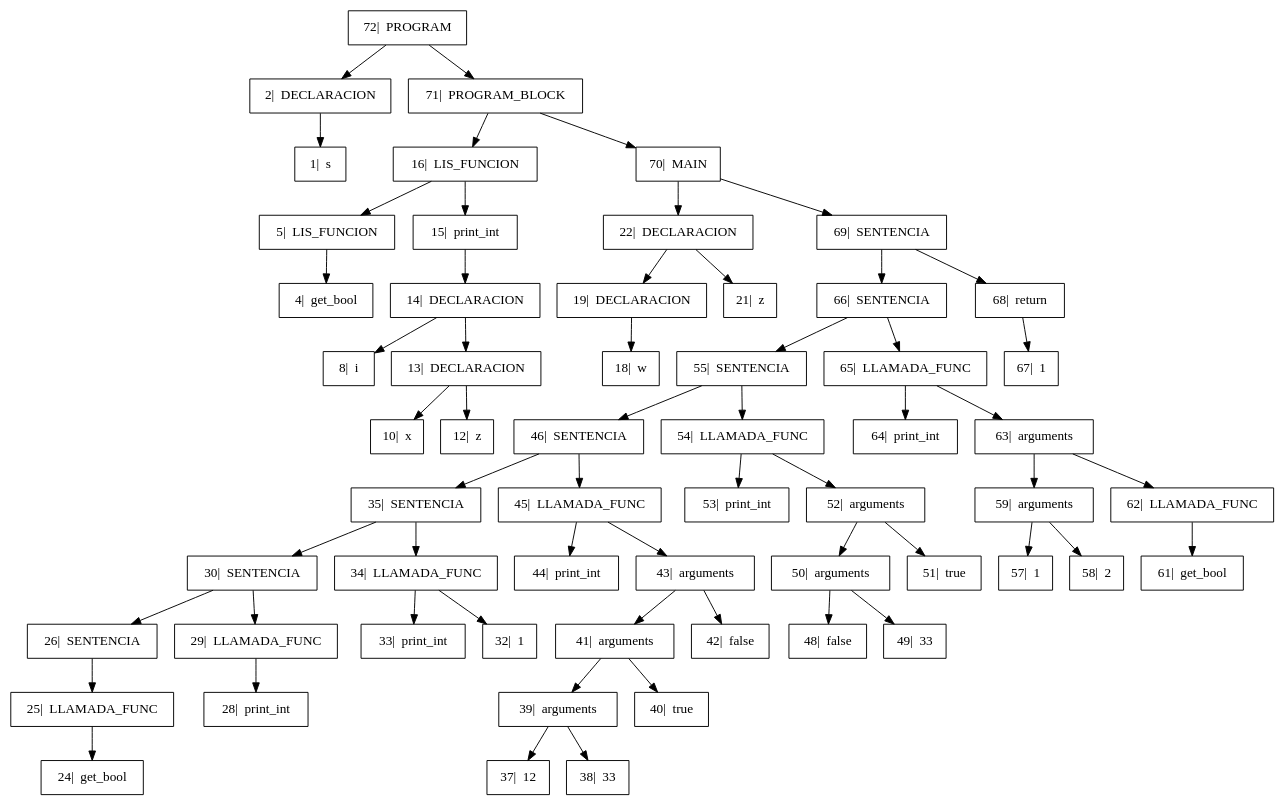
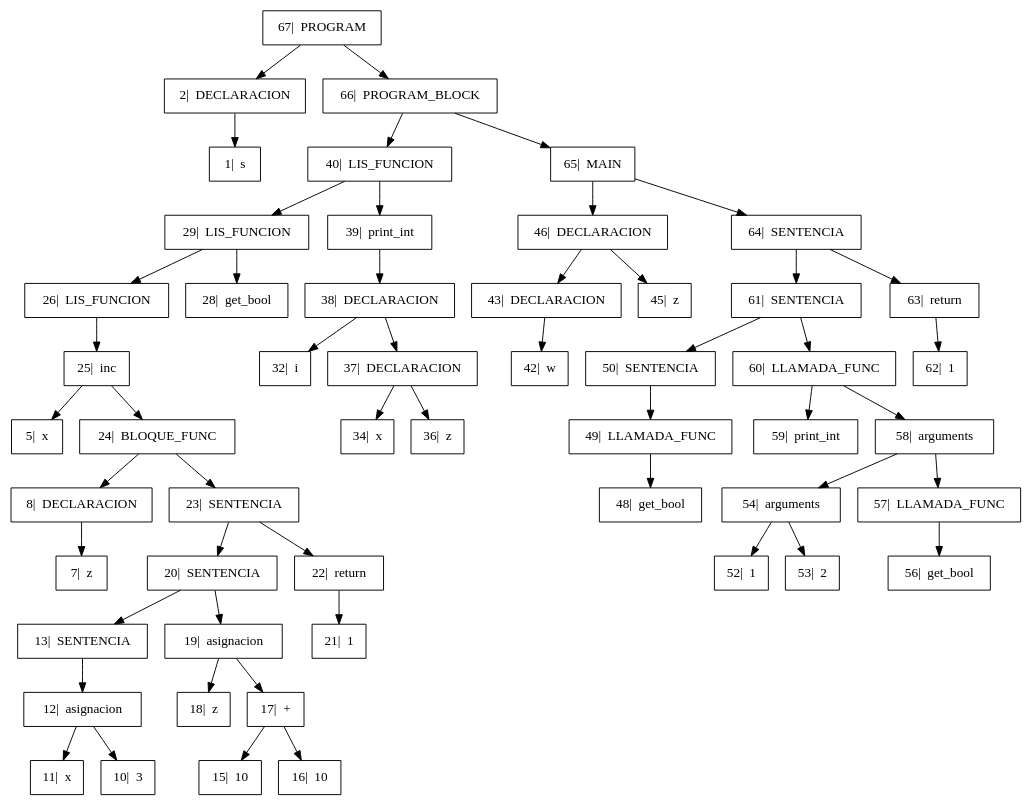
The diagram in Proyecto/output/Arbol.dot (GiovA07/PRE-PROYECTO-COMPILADORES), drawn with Graphviz before and after one commit. The commit also changed 4 other files, not shown here.

```diff
--- a/Proyecto/output/Arbol.dot
+++ b/Proyecto/output/Arbol.dot
@@ -1,39 +1,37 @@
 digraph{
 
 rankdir=TB;
 
 node[shape=box];
-"72|  PROGRAM" -> "2|  DECLARACION", "71|  PROGRAM_BLOCK";
+"67|  PROGRAM" -> "2|  DECLARACION", "66|  PROGRAM_BLOCK";
 "2|  DECLARACION" -> "1|  s" ;
-"71|  PROGRAM_BLOCK" -> "16|  LIS_FUNCION", "70|  MAIN";
-"16|  LIS_FUNCION" -> "5|  LIS_FUNCION", "15|  print_int";
-"5|  LIS_FUNCION" -> "4|  get_bool" ;
-"15|  print_int" -> "14|  DECLARACION" ;
-"14|  DECLARACION" -> "8|  i", "13|  DECLARACION";
-"13|  DECLARACION" -> "10|  x", "12|  z";
-"70|  MAIN" -> "22|  DECLARACION", "69|  SENTENCIA";
-"22|  DECLARACION" -> "19|  DECLARACION", "21|  z";
-"19|  DECLARACION" -> "18|  w" ;
-"69|  SENTENCIA" -> "66|  SENTENCIA", "68|  return";
-"66|  SENTENCIA" -> "55|  SENTENCIA", "65|  LLAMADA_FUNC";
-"55|  SENTENCIA" -> "46|  SENTENCIA", "54|  LLAMADA_FUNC";
-"46|  SENTENCIA" -> "35|  SENTENCIA", "45|  LLAMADA_FUNC";
-"35|  SENTENCIA" -> "30|  SENTENCIA", "34|  LLAMADA_FUNC";
-"30|  SENTENCIA" -> "26|  SENTENCIA", "29|  LLAMADA_FUNC";
-"26|  SENTENCIA" -> "25|  LLAMADA_FUNC" ;
-"25|  LLAMADA_FUNC" -> "24|  get_bool" ;
-"29|  LLAMADA_FUNC" -> "28|  print_int" ;
-"34|  LLAMADA_FUNC" -> "33|  print_int", "32|  1";
-"45|  LLAMADA_FUNC" -> "44|  print_int", "43|  arguments";
-"43|  arguments" -> "41|  arguments", "42|  false";
-"41|  arguments" -> "39|  arguments", "40|  true";
-"39|  arguments" -> "37|  12", "38|  33";
-"54|  LLAMADA_FUNC" -> "53|  print_int", "52|  arguments";
-"52|  arguments" -> "50|  arguments", "51|  true";
-"50|  arguments" -> "48|  false", "49|  33";
-"65|  LLAMADA_FUNC" -> "64|  print_int", "63|  arguments";
-"63|  arguments" -> "59|  arguments", "62|  LLAMADA_FUNC";
-"59|  arguments" -> "57|  1", "58|  2";
-"62|  LLAMADA_FUNC" -> "61|  get_bool" ;
-"68|  return" -> "67|  1" ;
+"66|  PROGRAM_BLOCK" -> "40|  LIS_FUNCION", "65|  MAIN";
+"40|  LIS_FUNCION" -> "29|  LIS_FUNCION", "39|  print_int";
+"29|  LIS_FUNCION" -> "26|  LIS_FUNCION", "28|  get_bool";
+"26|  LIS_FUNCION" -> "25|  inc" ;
+"25|  inc" -> "5|  x", "24|  BLOQUE_FUNC";
+"24|  BLOQUE_FUNC" -> "8|  DECLARACION", "23|  SENTENCIA";
+"8|  DECLARACION" -> "7|  z" ;
+"23|  SENTENCIA" -> "20|  SENTENCIA", "22|  return";
+"20|  SENTENCIA" -> "13|  SENTENCIA", "19|  asignacion";
+"13|  SENTENCIA" -> "12|  asignacion" ;
+"12|  asignacion" -> "11|  x", "10|  3";
+"19|  asignacion" -> "18|  z", "17|  +";
+"17|  +" -> "15|  10", "16|  10";
+"22|  return" -> "21|  1" ;
+"39|  print_int" -> "38|  DECLARACION" ;
+"38|  DECLARACION" -> "32|  i", "37|  DECLARACION";
+"37|  DECLARACION" -> "34|  x", "36|  z";
+"65|  MAIN" -> "46|  DECLARACION", "64|  SENTENCIA";
+"46|  DECLARACION" -> "43|  DECLARACION", "45|  z";
+"43|  DECLARACION" -> "42|  w" ;
+"64|  SENTENCIA" -> "61|  SENTENCIA", "63|  return";
+"61|  SENTENCIA" -> "50|  SENTENCIA", "60|  LLAMADA_FUNC";
+"50|  SENTENCIA" -> "49|  LLAMADA_FUNC" ;
+"49|  LLAMADA_FUNC" -> "48|  get_bool" ;
+"60|  LLAMADA_FUNC" -> "59|  print_int", "58|  arguments";
+"58|  arguments" -> "54|  arguments", "57|  LLAMADA_FUNC";
+"54|  arguments" -> "52|  1", "53|  2";
+"57|  LLAMADA_FUNC" -> "56|  get_bool" ;
+"63|  return" -> "62|  1" ;
 }
```
